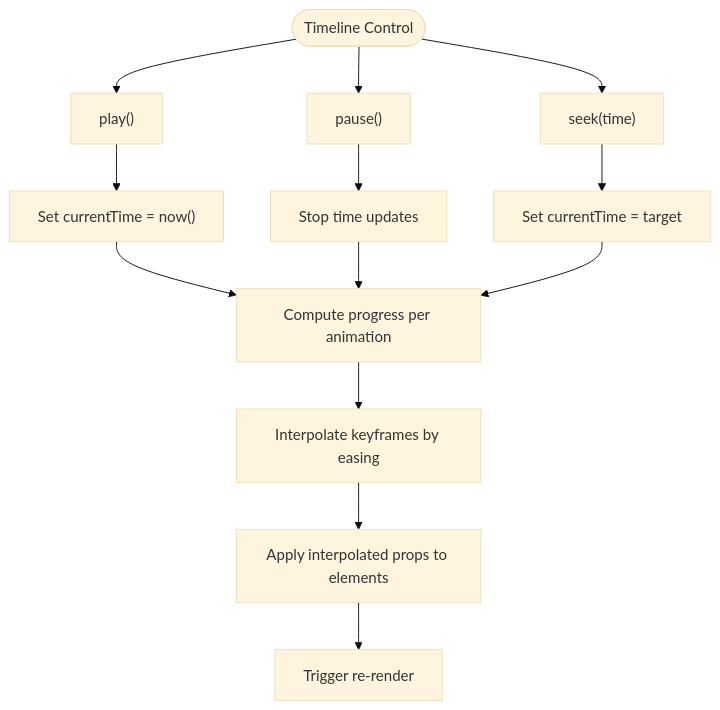
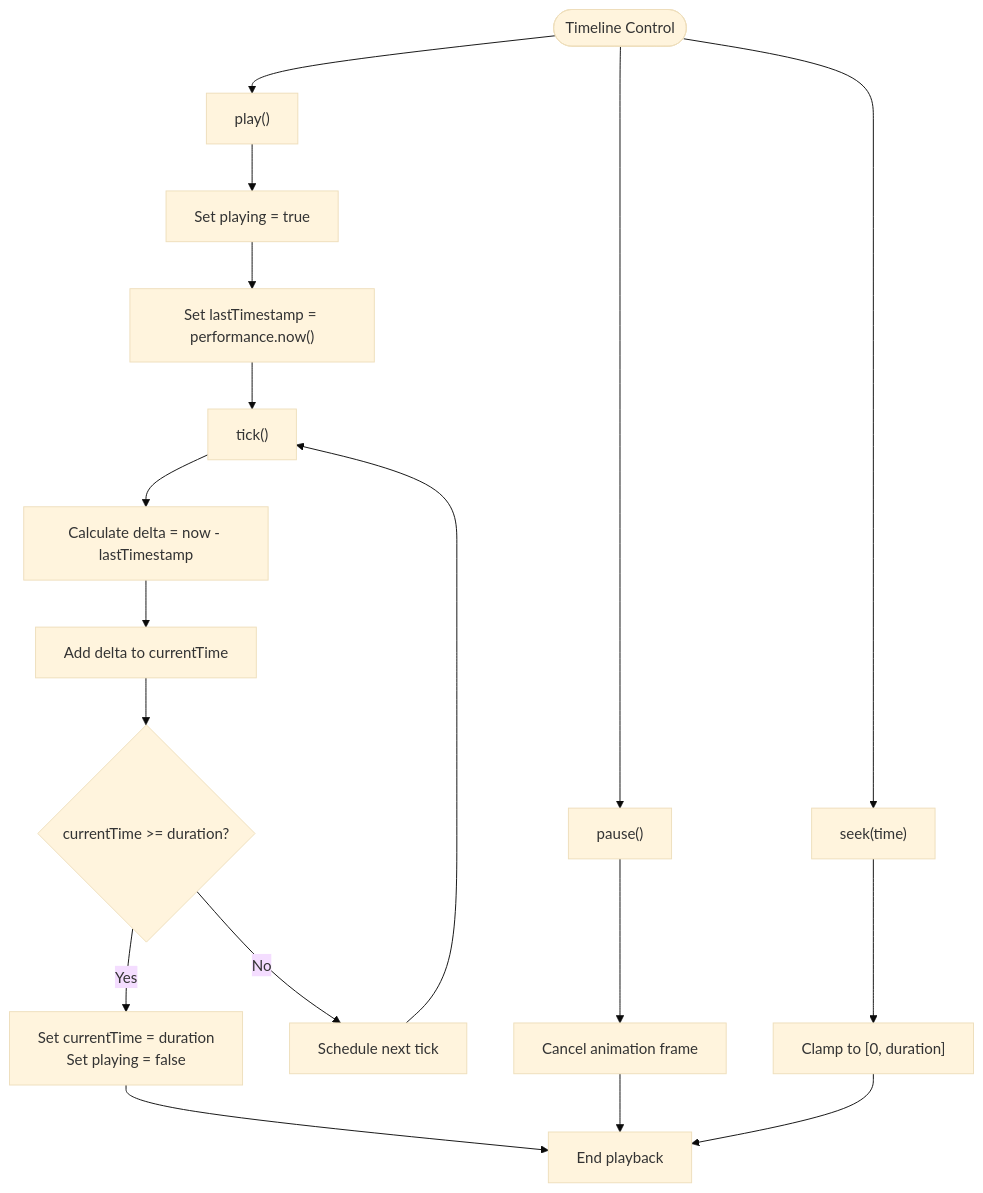
Before and after one commit to Anna0314zy/ai_editor_enginer: the fourth of 18 diagrams in .qoder/repowiki/en/content/Animation System/Timeline Engine.md, drawn with Mermaid (base theme). The commit also changed other lines of this file and 10 other files, not shown here.

````diff
--- a/.qoder/repowiki/en/content/Animation System/Timeline Engine.md
+++ b/.qoder/repowiki/en/content/Animation System/Timeline Engine.md
@@ -194,15 +229,20 @@
 ```mermaid
 flowchart TD
 Start(["Timeline Control"]) --> Play["play()"]
 Start --> Pause["pause()"]
 Start --> Seek["seek(time)"]
-Play --> UpdateTime["Set currentTime = now()"]
-Pause --> StopTime["Stop time updates"]
-Seek --> Jump["Set currentTime = target"]
-UpdateTime --> Compute["Compute progress per animation"]
-StopTime --> Compute
-Jump --> Compute
-Compute --> Interpolate["Interpolate keyframes by easing"]
-Interpolate --> Apply["Apply interpolated props to elements"]
-Apply --> Render["Trigger re-render"]
+Play --> SetPlaying["Set playing = true"]
+SetPlaying --> SetTimestamp["Set lastTimestamp = performance.now()"]
+SetTimestamp --> Tick["tick()"]
+Pause --> CancelRAF["Cancel animation frame"]
+Seek --> ClampTime["Clamp to [0, duration]"]
+Tick --> CalcDelta["Calculate delta = now - lastTimestamp"]
+CalcDelta --> UpdateTime["Add delta to currentTime"]
+UpdateTime --> CheckDuration{"currentTime >= duration?"}
+CheckDuration --> |Yes| SetEnd["Set currentTime = duration<br/>Set playing = false"]
+CheckDuration --> |No| ScheduleNext["Schedule next tick"]
+SetEnd --> End["End playback"]
+ScheduleNext --> Tick
+CancelRAF --> End
+ClampTime --> End
 ```
````
